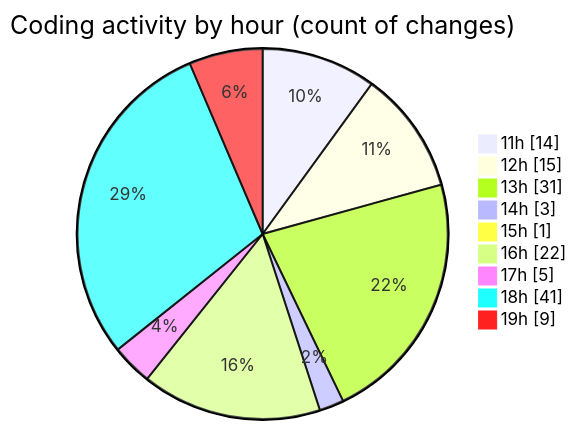
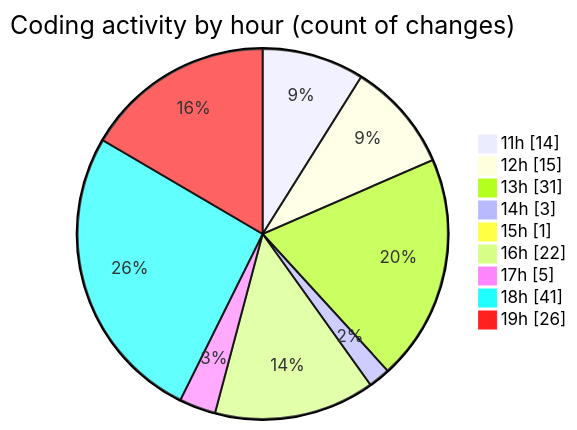
One commit to nxtqubesakshisongat/code-tracking changed the second of 2 diagrams in 2025-07-09/argos/README.md. Above: the diagram before and after it, drawn with Mermaid. The commit also changed other lines of this file and 1 other file, not shown here.

````diff
--- a/2025-07-09/argos/README.md
+++ b/2025-07-09/argos/README.md
@@ -37,13 +37,13 @@
 ```mermaid
 pie showData
 title Coding activity by hour (count of changes)
 "11h" : 14
 "12h" : 15
 "13h" : 31
 "14h" : 3
 "15h" : 1
 "16h" : 22
 "17h" : 5
 "18h" : 41
-"19h" : 9
+"19h" : 26
 ```
````
